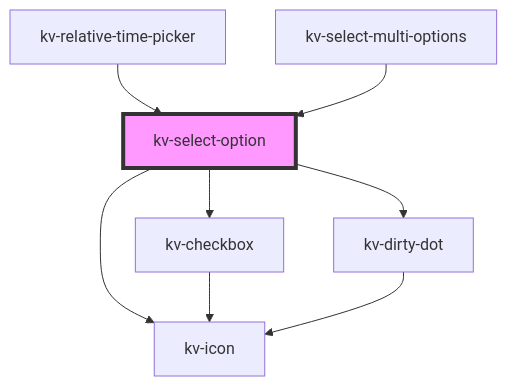
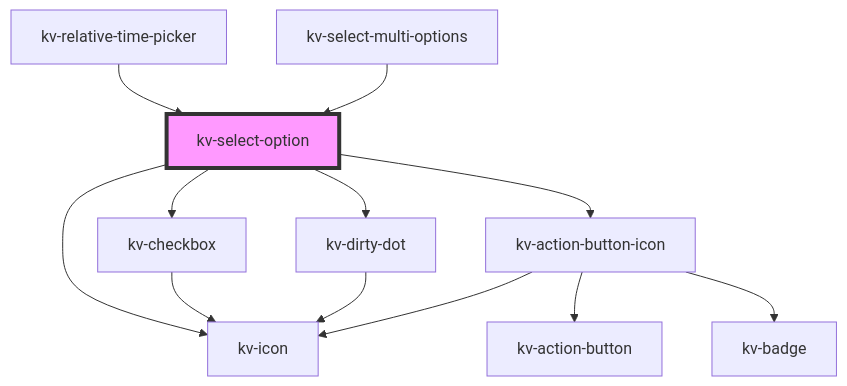
One commit to kelvininc/ui-components changed the diagram in packages/ui-components/src/components/select-option/readme.md. Above: the diagram before and after it, drawn with Mermaid. The commit also changed other lines of this file and 18 other files, not shown here.

Commit message:
feat(dropdown): add action button to select option

````diff
--- a/packages/ui-components/src/components/select-option/readme.md
+++ b/packages/ui-components/src/components/select-option/readme.md
@@ -106,11 +105,15 @@
 ```mermaid
 graph TD;
   kv-select-option --> kv-checkbox
   kv-select-option --> kv-icon
   kv-select-option --> kv-dirty-dot
+  kv-select-option --> kv-action-button-icon
   kv-checkbox --> kv-icon
   kv-dirty-dot --> kv-icon
+  kv-action-button-icon --> kv-action-button
+  kv-action-button-icon --> kv-icon
+  kv-action-button-icon --> kv-badge
   kv-relative-time-picker --> kv-select-option
   kv-select-multi-options --> kv-select-option
   style kv-select-option fill:#f9f,stroke:#333,stroke-width:4px
 ```
````
